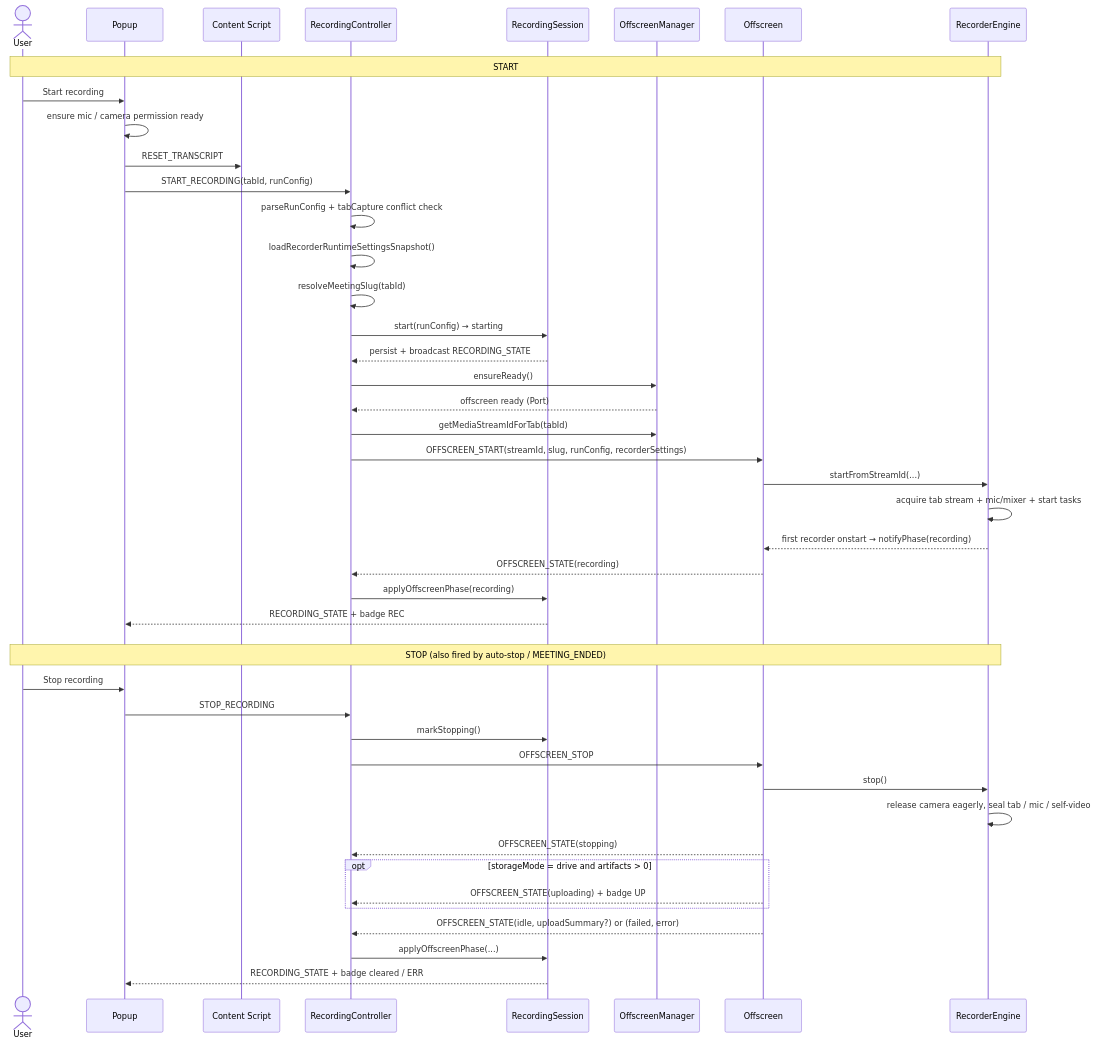
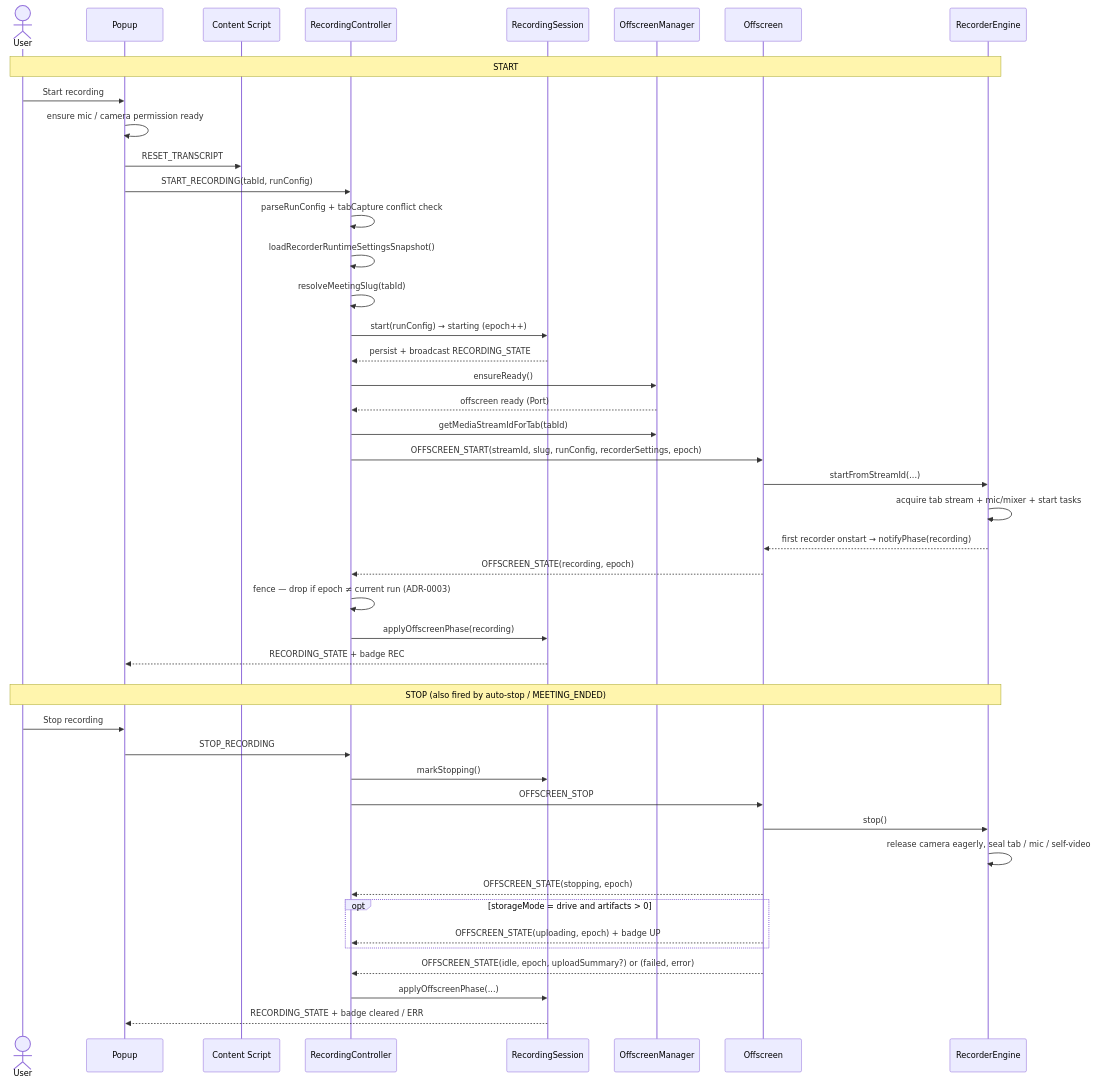
Before and after one commit to kstroevsky/chrome-meeting-recording-extension: the fourth of 17 diagrams in README.md, drawn with Mermaid. The commit also changed other lines of this file and 4 other files, not shown here.

Commit message:
Testing: Fence stale offscreen status with a run epoch + README

````diff
--- a/README.md
+++ b/README.md
@@ -1288,51 +1288,52 @@
 ```mermaid
 sequenceDiagram
     actor User
     participant P as Popup
     participant C as Content Script
     participant B as RecordingController
     participant S as RecordingSession
     participant OM as OffscreenManager
     participant O as Offscreen
     participant E as RecorderEngine
 
     rect rgba(238,246,255,0)
     note over User,E: START
     User->>P: Start recording
     P->>P: ensure mic / camera permission ready
     P->>C: RESET_TRANSCRIPT
     P->>B: START_RECORDING(tabId, runConfig)
     B->>B: parseRunConfig + tabCapture conflict check
     B->>B: loadRecorderRuntimeSettingsSnapshot()
     B->>B: resolveMeetingSlug(tabId)
-    B->>S: start(runConfig) → starting
+    B->>S: start(runConfig) → starting (epoch++)
     S-->>B: persist + broadcast RECORDING_STATE
     B->>OM: ensureReady()
     OM-->>B: offscreen ready (Port)
     B->>OM: getMediaStreamIdForTab(tabId)
-    B->>O: OFFSCREEN_START(streamId, slug, runConfig, recorderSettings)
+    B->>O: OFFSCREEN_START(streamId, slug, runConfig, recorderSettings, epoch)
     O->>E: startFromStreamId(...)
     E->>E: acquire tab stream + mic/mixer + start tasks
     E-->>O: first recorder onstart → notifyPhase(recording)
-    O-->>B: OFFSCREEN_STATE(recording)
+    O-->>B: OFFSCREEN_STATE(recording, epoch)
+    B->>B: fence — drop if epoch ≠ current run (ADR-0003)
     B->>S: applyOffscreenPhase(recording)
     S-->>P: RECORDING_STATE + badge REC
     end
 
     rect rgba(255,245,238,0)
     note over User,E: STOP (also fired by auto-stop / MEETING_ENDED)
     User->>P: Stop recording
     P->>B: STOP_RECORDING
     B->>S: markStopping()
     B->>O: OFFSCREEN_STOP
     O->>E: stop()
     E->>E: release camera eagerly, seal tab / mic / self-video
-    O-->>B: OFFSCREEN_STATE(stopping)
+    O-->>B: OFFSCREEN_STATE(stopping, epoch)
     opt storageMode = drive and artifacts > 0
-        O-->>B: OFFSCREEN_STATE(uploading) + badge UP
+        O-->>B: OFFSCREEN_STATE(uploading, epoch) + badge UP
     end
-    O-->>B: OFFSCREEN_STATE(idle, uploadSummary?) or (failed, error)
+    O-->>B: OFFSCREEN_STATE(idle, epoch, uploadSummary?) or (failed, error)
     B->>S: applyOffscreenPhase(...)
     S-->>P: RECORDING_STATE + badge cleared / ERR
     end
 ```
````
